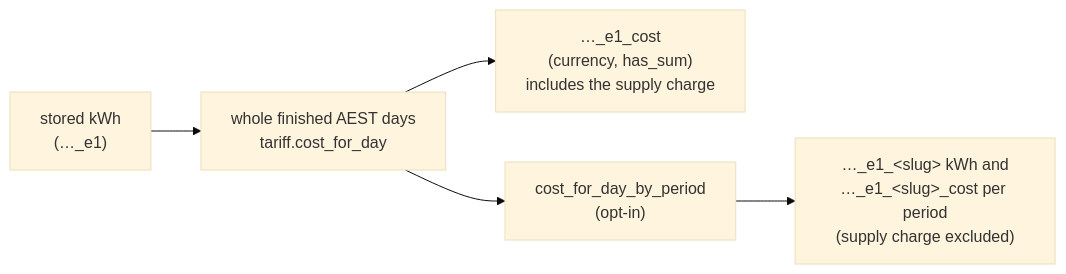
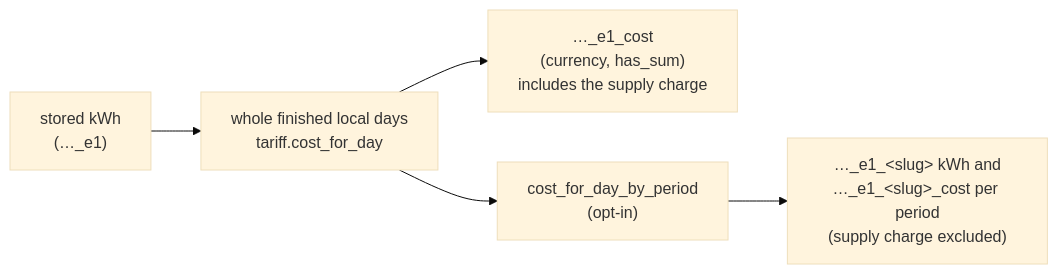
Before and after one commit to markesss/ha-citipower-myenergy: the fourth of 4 diagrams in docs/ARCHITECTURE.md, drawn with Mermaid (base theme). The commit also changed other lines of this file and 4 other files, not shown here.

````diff
--- a/docs/ARCHITECTURE.md
+++ b/docs/ARCHITECTURE.md
@@ -123,7 +127,7 @@
 ```mermaid
 flowchart LR
-    kwh["stored kWh<br/>(…_e1)"] --> day["whole finished AEST days<br/>tariff.cost_for_day"]
+    kwh["stored kWh<br/>(…_e1)"] --> day["whole finished local days<br/>tariff.cost_for_day"]
     day --> cost["…_e1_cost<br/>(currency, has_sum)<br/>includes the supply charge"]
     day --> byp["cost_for_day_by_period<br/>(opt-in)"]
     byp --> per["…_e1_&lt;slug&gt; kWh and<br/>…_e1_&lt;slug&gt;_cost per period<br/>(supply charge excluded)"]
 ```
````
